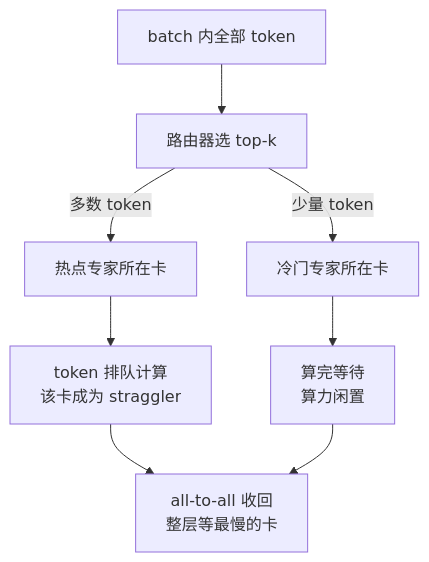
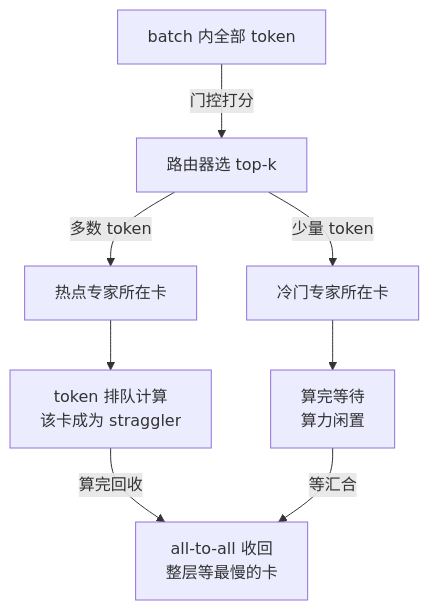
Before and after one commit to hub138/technical-knowledge: the first of 2 diagrams in vault/工程知识/AI 系统工程：从模型能力到生产能力/模型基础与训练/MoE路由的工程问题：负载不均与显存碎片.md, drawn with Mermaid. The commit also changed other lines of this file and 622 other files, not shown here.

````diff
--- a/vault/工程知识/AI 系统工程：从模型能力到生产能力/模型基础与训练/MoE路由的工程问题：负载不均与显存碎片.md
+++ b/vault/工程知识/AI 系统工程：从模型能力到生产能力/模型基础与训练/MoE路由的工程问题：负载不均与显存碎片.md
@@ -39,10 +53,10 @@
 ```mermaid
 graph TD
-    A[batch 内全部 token] --> B[路由器选 top-k]
+    A[batch 内全部 token] -->|门控打分| B[路由器选 top-k]
     B -->|多数 token| C[热点专家所在卡]
     B -->|少量 token| D[冷门专家所在卡]
     C --> E[token 排队计算<br/>该卡成为 straggler]
     D --> F[算完等待<br/>算力闲置]
-    E --> G[all-to-all 收回<br/>整层等最慢的卡]
-    F --> G
+    E -->|算完回收| G[all-to-all 收回<br/>整层等最慢的卡]
+    F -->|等汇合| G
 ```
````
